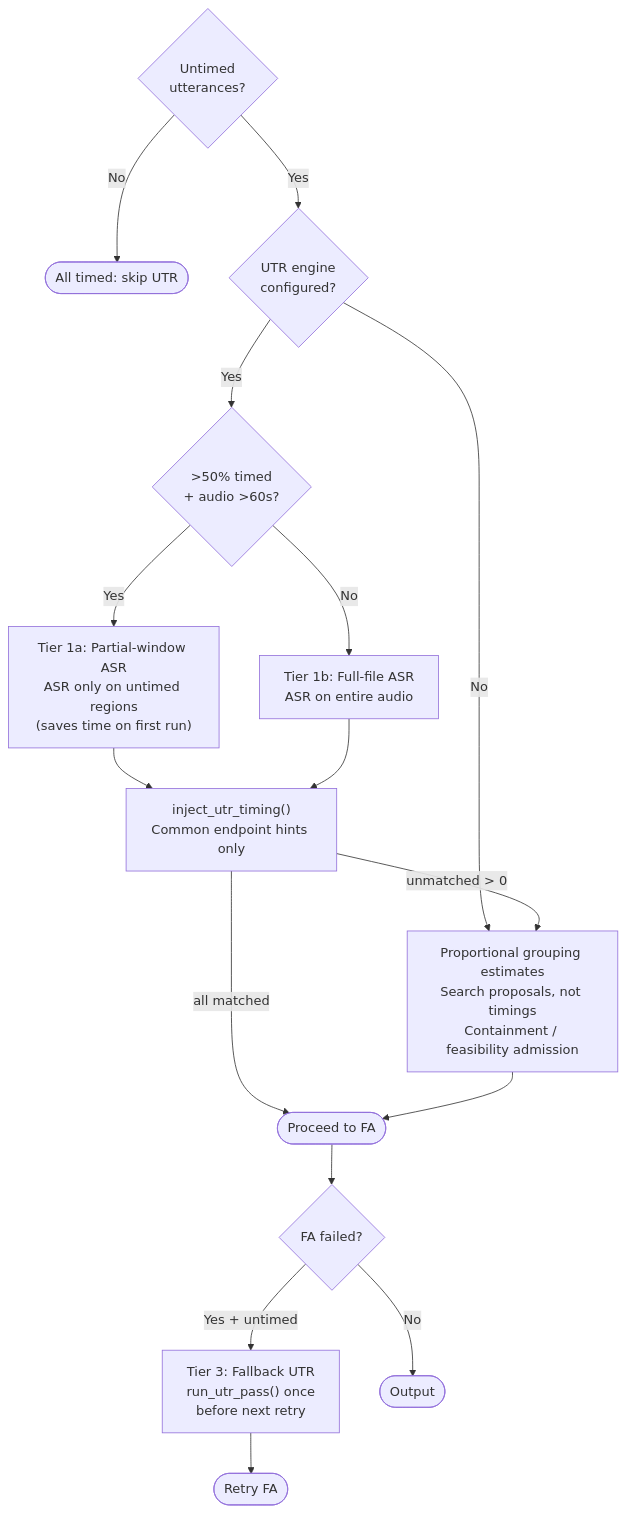
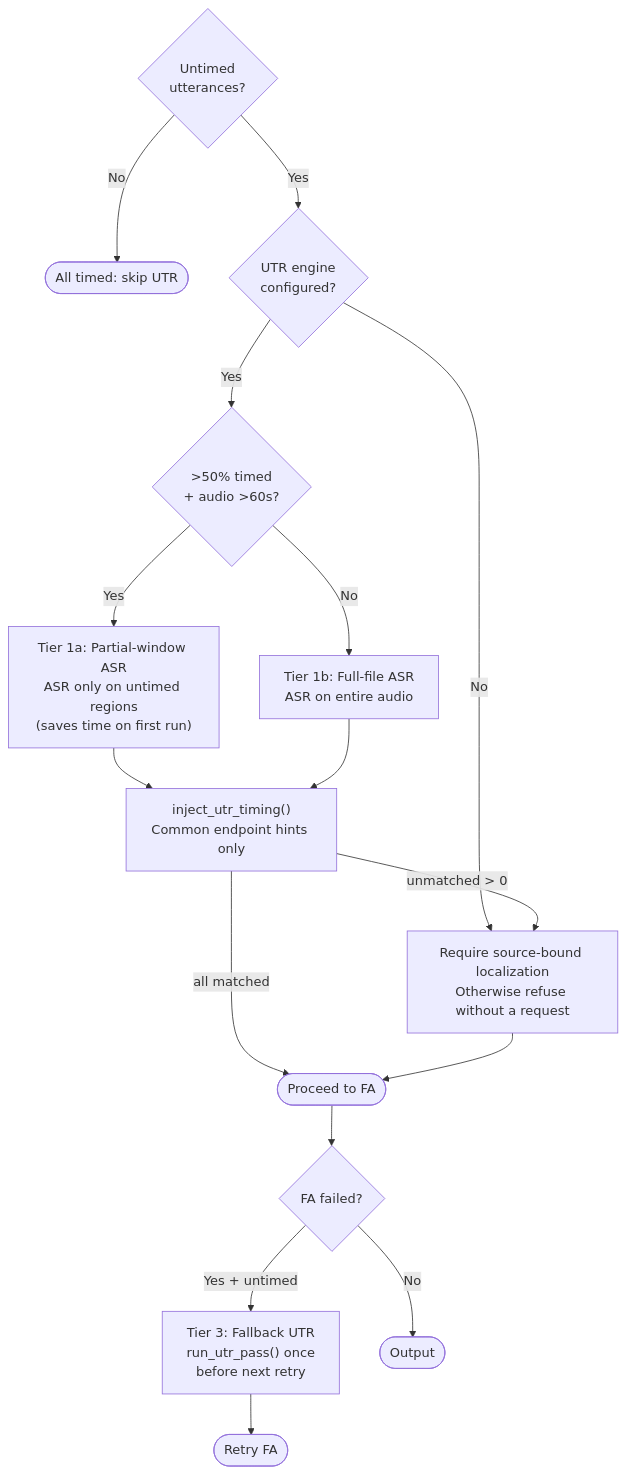
Before and after one commit to FranklinChen/talkbank-tools: diagram 13 of 16 in book/src/batchalign/reference/forced-alignment.md, drawn with Mermaid. The commit also changed other lines of this file and 70 other files, not shown here.

````diff
--- a/book/src/batchalign/reference/forced-alignment.md
+++ b/book/src/batchalign/reference/forced-alignment.md
@@ -1707,24 +1738,24 @@
 ```mermaid
 flowchart TD
     start{Untimed<br/>utterances?} -->|No| done([All timed: skip UTR])
     start -->|Yes| engine{UTR engine<br/>configured?}
 
     engine -->|Yes| ratio{">50% timed<br/>+ audio >60s?"}
     ratio -->|Yes| partial["Tier 1a: Partial-window ASR<br/>ASR only on untimed regions<br/>(saves time on first run)"]
     ratio -->|No| full["Tier 1b: Full-file ASR<br/>ASR on entire audio"]
 
     partial --> inject["inject_utr_timing()<br/>Common endpoint hints only"]
     full --> inject
 
-    engine -->|No| interp["Proportional grouping estimates<br/>Search proposals, not timings<br/>Containment / feasibility admission"]
+    engine -->|No| interp["Require source-bound localization<br/>Otherwise refuse without a request"]
 
     inject -->|"unmatched > 0"| interp
     inject -->|"all matched"| done2([Proceed to FA])
 
     interp --> done2
 
     done2 --> fa_fail{FA failed?}
     fa_fail -->|Yes + untimed| fallback["Tier 3: Fallback UTR<br/>run_utr_pass() once<br/>before next retry"]
     fallback --> retry([Retry FA])
     fa_fail -->|No| output([Output])
 ```
````
